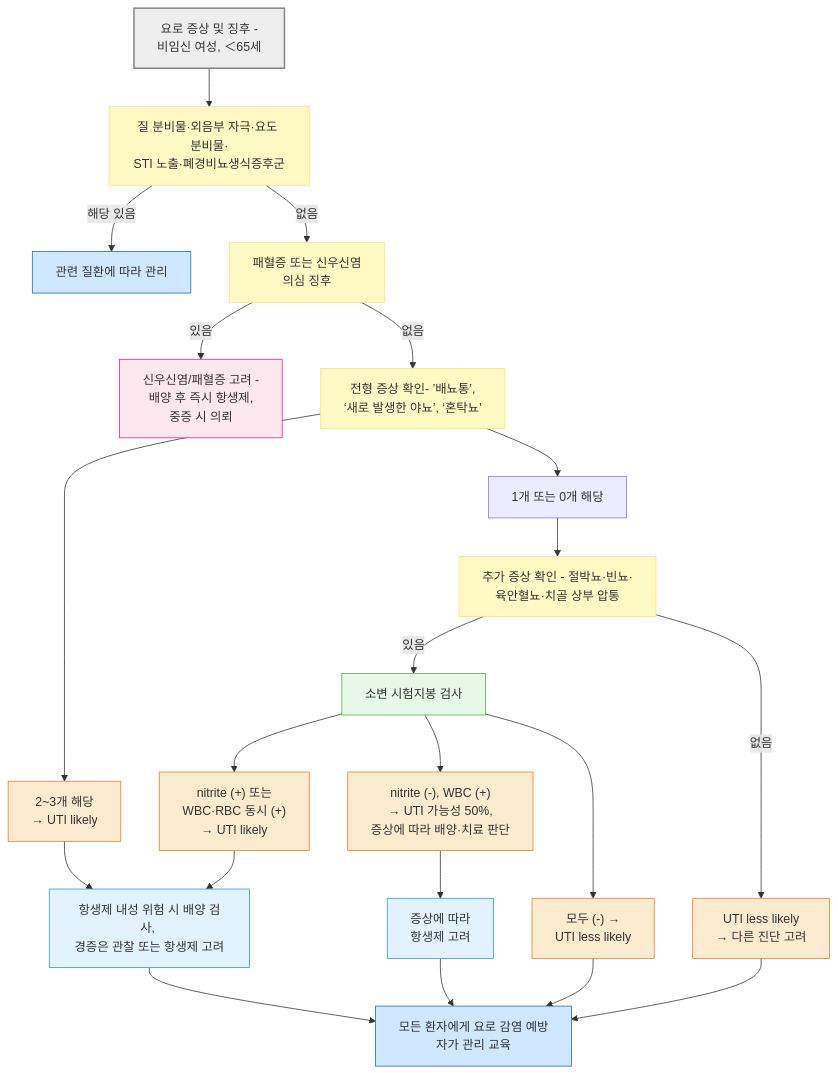
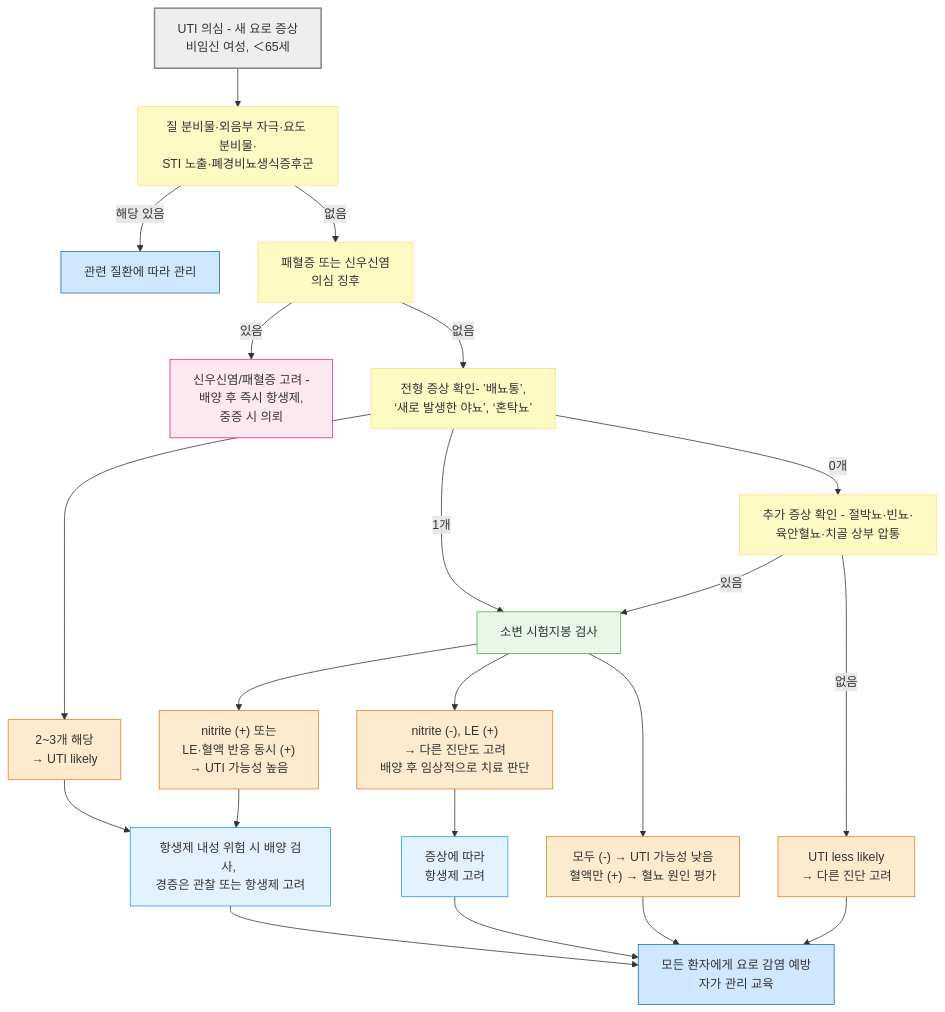
Before and after one commit to familyoh77/familyoh77: the first of 5 diagrams in 227_/113_-urinary-tract-infection.md, drawn with Mermaid. The commit also changed other lines of this file and 7 other files, not shown here.

````diff
--- a/227_/113_-urinary-tract-infection.md
+++ b/227_/113_-urinary-tract-infection.md
@@ -115,37 +123,37 @@
 ```mermaid
 graph TD
-    A["요로 증상 및 징후 - <br/>비임신 여성, ＜65세"] --> 
+    A["UTI 의심 - 새 요로 증상<br/>비임신 여성, ＜65세"] --> 
 B["질 분비물·외음부 자극·요도 분비물·<br/>STI 노출·폐경비뇨생식증후군"]
     B -->|해당 있음| B1["관련 질환에 따라 관리"]
     B -->|없음| C["패혈증 또는 신우신염 <br/>의심 징후"]
     C -->|있음| C1["신우신염/패혈증 고려 - <br/>배양 후 즉시 항생제, <br/>중증 시 의뢰"]
     C -->|없음| D["전형 증상 확인- ’배뇨통’, <br/>‘새로 발생한 야뇨’, ‘혼탁뇨’"]
     D --> E["2~3개 해당 <br/>→ UTI likely"]
-    D --> F["1개 또는 0개 해당"]
-    F --> G["추가 증상 확인 - 절박뇨·빈뇨·<br/>육안혈뇨·치골 상부 압통"]
-    G -->|있음| I["소변 시험지봉 검사"]
-    I --> J["nitrite (+) 또는 <br/>WBC·RBC 동시 (+)<br/>→ UTI likely"]
-    I --> K["nitrite (-), WBC (+) <br/>→ UTI 가능성 50%, <br/>증상에 따라 배양·치료 판단"]
-    I --> L["모두 (-) →<br/>UTI less likely"]
+    D -->|1개| I["소변 시험지봉 검사"]
+    D -->|0개| G["추가 증상 확인 - 절박뇨·빈뇨·<br/>육안혈뇨·치골 상부 압통"]
+    G -->|있음| I
+    I --> J["nitrite (+) 또는<br/>LE·혈액 반응 동시 (+)<br/>→ UTI 가능성 높음"]
+    I --> K["nitrite (-), LE (+)<br/>→ 다른 진단도 고려<br/>배양 후 임상적으로 치료 판단"]
+    I --> L["모두 (-) → UTI 가능성 낮음<br/>혈액만 (+) → 혈뇨 원인 평가"]
     E --> M["항생제 내성 위험 시 배양 검사, <br/>경증은 관찰 또는 항생제 고려"]
     J --> M
     K --> N["증상에 따라 <br/>항생제 고려"]
     M --> O["모든 환자에게 요로 감염 예방<br/> 자가 관리 교육"]
     H --> O
     L --> O
     N --> O
     G -->|없음| H["UTI less likely <br/>→ 다른 진단 고려"]
 style A fill:#eeeeee,stroke:#888888,stroke-width:2px
 classDef yellow fill:#fff9c4,stroke:#ffe082
 class B,C,D,G yellow
 classDef lightGreen fill:#e8f8e8,stroke:#4caf50
 class I lightGreen
 classDef blue fill:#d0e8ff,stroke:#1a6abf
 class B1,O blue
 classDef pink fill:#fde8f0,stroke:#e91e8c
 class C1 pink
 classDef orange fill:#fdebd0,stroke:#e67e22
 class E,H,J,K,L orange
 classDef sky fill:#e3f2ff,stroke:#2196f3
 class N,M sky
 ```
````
